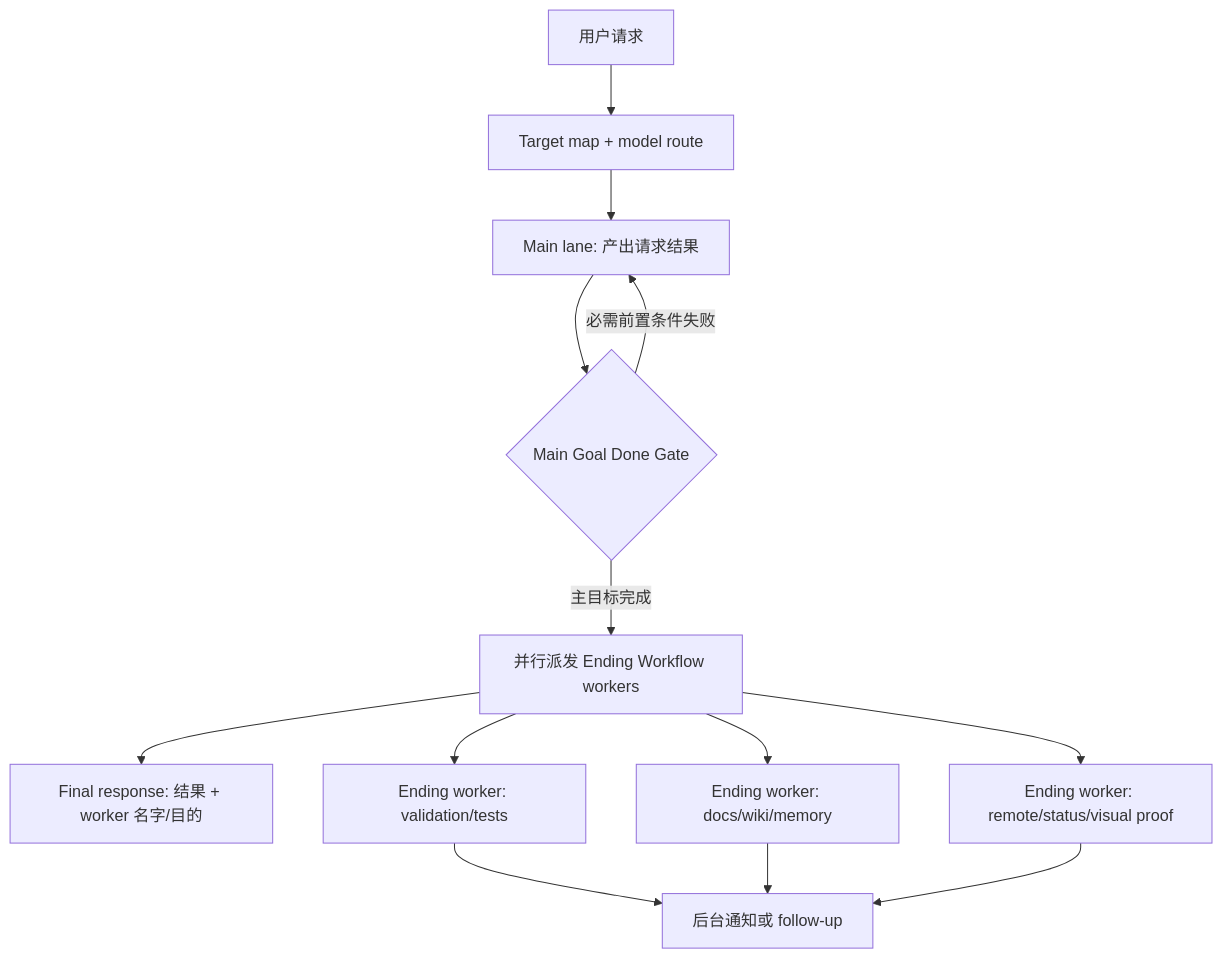
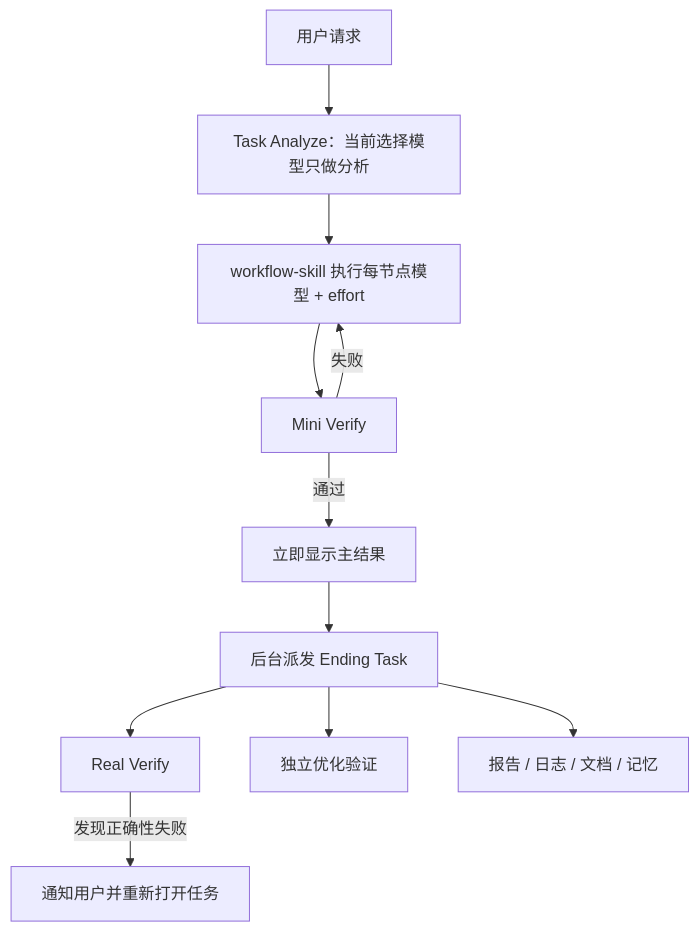
One commit to qinbatista/qin-codex-skills changed the second of 2 diagrams in README.zh.md. Above: the diagram before and after it, drawn with Mermaid. The commit also changed other lines of this file and 50 other files, not shown here.

Commit message:
Add adaptive Task Analyze model experience routing

````diff
--- a/README.zh.md
+++ b/README.zh.md
@@ -25,15 +26,13 @@
 ```mermaid
 flowchart TD
-  A["用户请求"] --> B["Target map + model route"]
-  B --> C["Main lane: 产出请求结果"]
-  C --> D{"Main Goal Done Gate"}
-  D -->|必需前置条件失败| C
-  D -->|主目标完成| E["并行派发 Ending Workflow workers"]
-  E --> F["Final response: 结果 + worker 名字/目的"]
-  E --> G["Ending worker: validation/tests"]
-  E --> H["Ending worker: docs/wiki/memory"]
-  E --> I["Ending worker: remote/status/visual proof"]
-  G --> J["后台通知或 follow-up"]
-  H --> J
-  I --> J
+  A["用户请求"] --> B["Task Analyze：当前选择模型只做分析"]
+  B --> C["workflow-skill 执行每节点模型 + effort"]
+  C --> D["Mini Verify"]
+  D -->|失败| C
+  D -->|通过| E["立即显示主结果"]
+  E --> F["后台派发 Ending Task"]
+  F --> G["Real Verify"]
+  F --> H["独立优化验证"]
+  F --> I["报告 / 日志 / 文档 / 记忆"]
+  G -->|发现正确性失败| J["通知用户并重新打开任务"]
 ```
````
